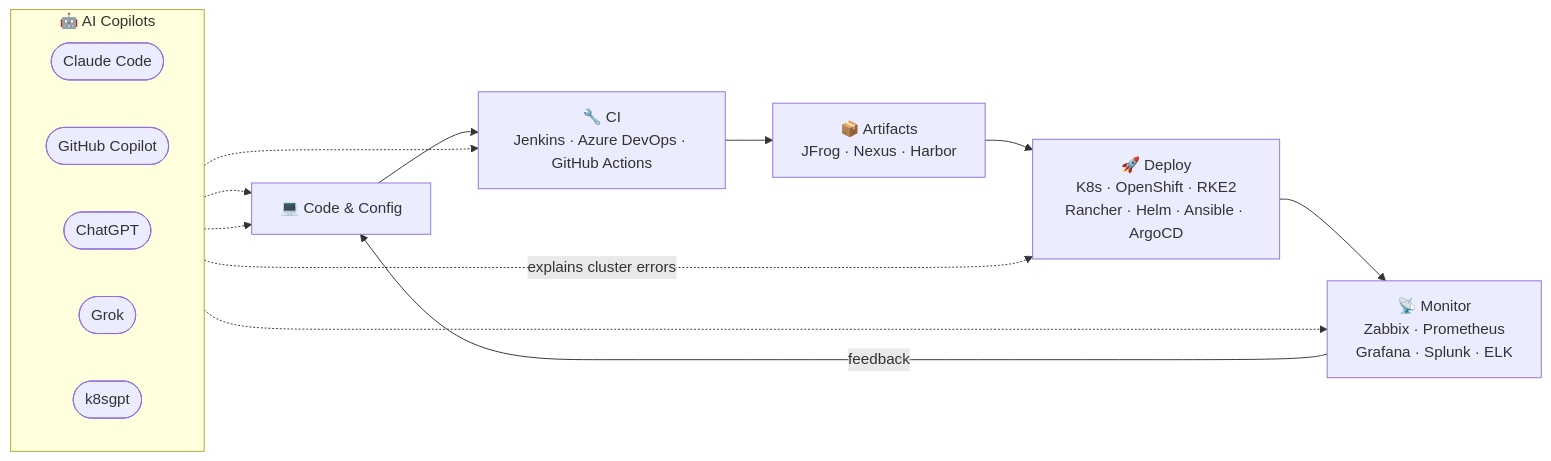
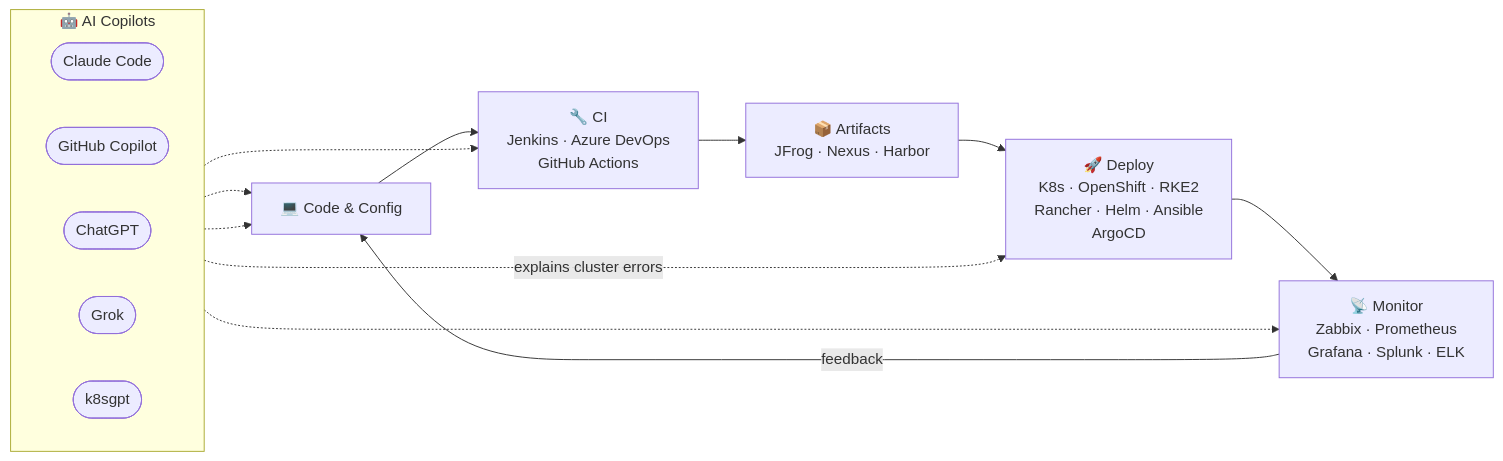
Before and after one commit to adirangel/adirangel: the diagram in README.md, drawn with Mermaid.

````diff
--- a/README.md
+++ b/README.md
@@ -49,23 +49,23 @@
 ```mermaid
 flowchart LR
     subgraph AILAYER["🤖 AI Copilots"]
         direction LR
         CL(["Claude Code"])
         CP(["GitHub Copilot"])
         GPT(["ChatGPT"])
         GR(["Grok"])
         KG(["k8sgpt"])
     end
 
-    DEV["💻 Code & Config"] --> CI["🔧 CI<br/>Jenkins · Azure DevOps · GitHub Actions"]
+    DEV["💻 Code & Config"] --> CI["🔧 CI<br/>Jenkins · Azure DevOps<br/>GitHub Actions"]
     CI --> ART["📦 Artifacts<br/>JFrog · Nexus · Harbor"]
-    ART --> CD["🚀 Deploy<br/>K8s · OpenShift · RKE2<br/>Rancher · Helm · Ansible · ArgoCD"]
+    ART --> CD["🚀 Deploy<br/>K8s · OpenShift · RKE2<br/>Rancher · Helm · Ansible<br/>ArgoCD"]
     CD --> MON["📡 Monitor<br/>Zabbix · Prometheus<br/>Grafana · Splunk · ELK"]
     MON -- feedback --> DEV
 
     CL -.-> DEV
     CP -.-> DEV
     GPT -.-> CI
     GR -.-> MON
     KG -. "explains cluster errors" .-> CD
 ```
````
